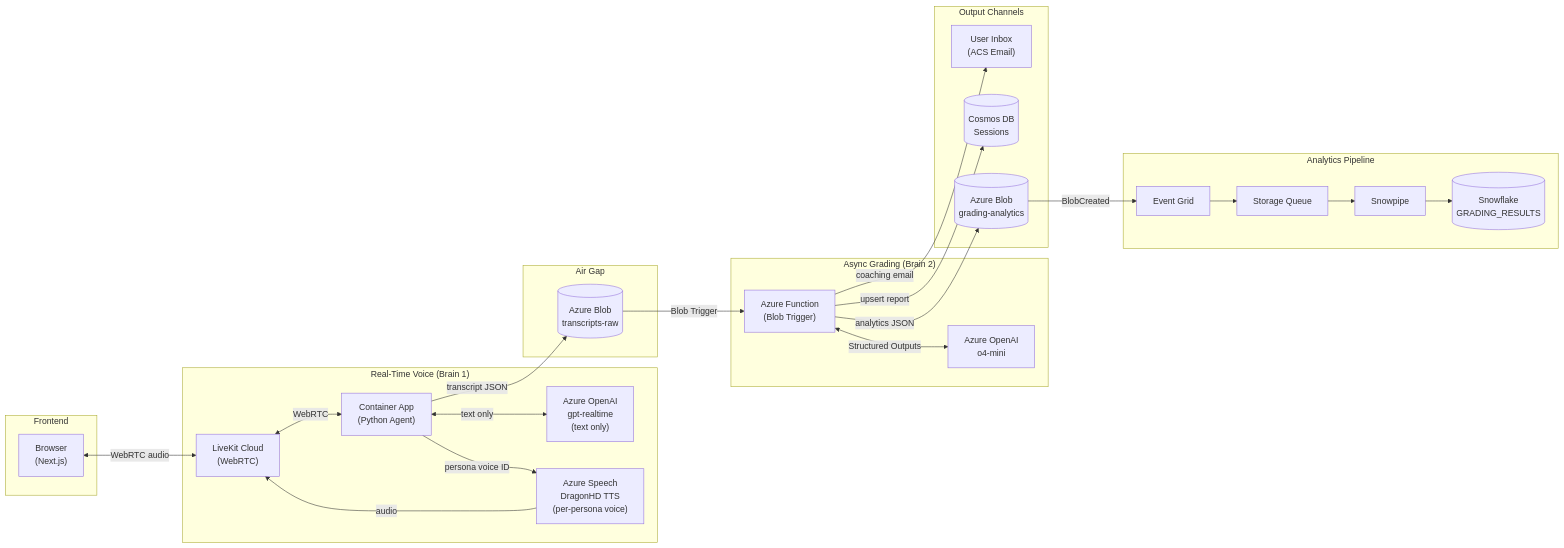
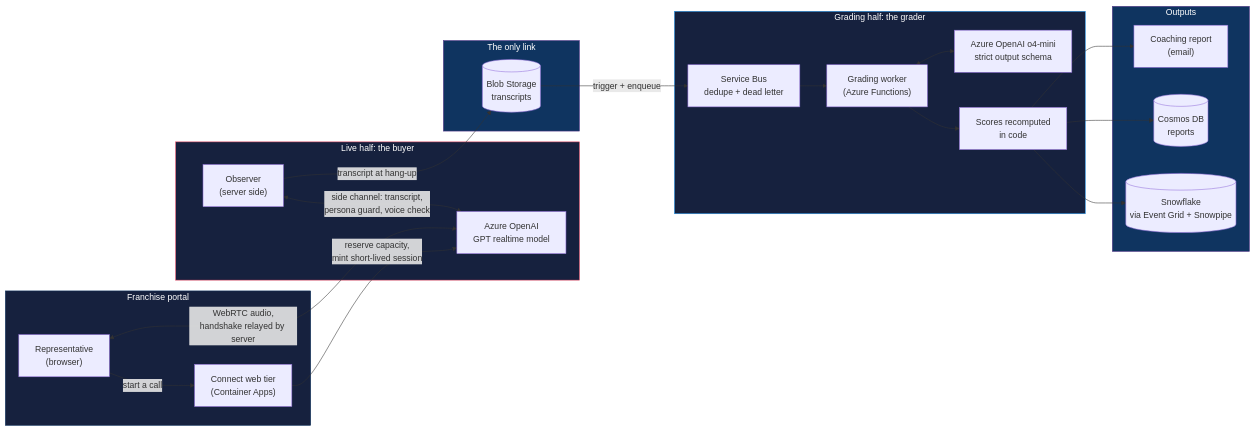
The diagram in README.md (AIJSAI/connect-voice-ai-showcase), drawn with Mermaid before and after one commit. The commit also changed other lines of this file and 9 other files, not shown here.

````diff
--- a/README.md
+++ b/README.md
@@ -26,51 +33,48 @@
 ```mermaid
 flowchart LR
-    subgraph Frontend
-        User["Browser\n(Next.js)"]
+    subgraph Portal["Franchise portal"]
+        Rep["Representative<br/>(browser)"]
+        Web["Connect web tier<br/>(Container Apps)"]
     end
 
-    subgraph Voice["Real-Time Voice (Brain 1)"]
-        LK["LiveKit Cloud\n(WebRTC)"]
-        B1["Container App\n(Python Agent)"]
-        RT["Azure OpenAI\ngpt-realtime\n(text only)"]
-        TTS["Azure Speech\nDragonHD TTS\n(per-persona voice)"]
+    subgraph Live["Live half: the buyer"]
+        RT["Azure OpenAI<br/>GPT realtime model"]
+        Obs["Observer<br/>(server side)"]
     end
 
-    subgraph AirGap["Air Gap"]
-        Blob[(Azure Blob\ntranscripts-raw)]
+    subgraph Store["The only link"]
+        Blob[("Blob Storage<br/>transcripts")]
     end
 
-    subgraph Grading["Async Grading (Brain 2)"]
-        B2["Azure Function\n(Blob Trigger)"]
-        O4["Azure OpenAI\no4-mini"]
+    subgraph Grade["Grading half: the grader"]
+        Q["Service Bus<br/>dedupe + dead letter"]
+        G["Grading worker<br/>(Azure Functions)"]
+        LLM["Azure OpenAI o4-mini<br/>strict output schema"]
+        Calc["Scores recomputed<br/>in code"]
     end
 
-    subgraph Output["Output Channels"]
-        Email["User Inbox\n(ACS Email)"]
-        Cosmos[(Cosmos DB\nSessions)]
-        Analytics[(Azure Blob\ngrading-analytics)]
+    subgraph Out["Outputs"]
+        Mail["Coaching report<br/>(email)"]
+        DB[("Cosmos DB<br/>reports")]
+        SF[("Snowflake<br/>via Event Grid + Snowpipe")]
     end
 
-    subgraph DP["Analytics Pipeline"]
-        EG["Event Grid"]
-        SQ["Storage Queue"]
-        SP["Snowpipe"]
-        SF[("Snowflake\nGRADING_RESULTS")]
-    end
+    Rep -->|start a call| Web
+    Web -->|reserve capacity,<br/>mint short-lived session| RT
+    Rep <-->|WebRTC audio,<br/>handshake relayed by server| RT
+    Obs <-->|side channel: transcript,<br/>persona guard, voice check| RT
+    Obs -->|transcript at hang-up| Blob
+    Blob -->|trigger + enqueue| Q
+    Q --> G
+    G <--> LLM
+    G --> Calc
+    Calc --> Mail
+    Calc --> DB
+    Calc --> SF
 
-    User <-->|WebRTC audio| LK
-    LK <-->|WebRTC| B1
-    B1 <-->|text only| RT
-    B1 -->|persona voice ID| TTS
-    TTS -->|audio| LK
-    B1 -->|transcript JSON| Blob
-    Blob -->|Blob Trigger| B2
-    B2 <-->|Structured Outputs| O4
-    B2 -->|coaching email| Email
-    B2 -->|upsert report| Cosmos
-    B2 -->|analytics JSON| Analytics
-    Analytics -->|BlobCreated| EG
-    EG --> SQ
-    SQ --> SP
-    SP --> SF
+    style Portal fill:#16213e,stroke:#0f3460,color:#fff
+    style Live fill:#16213e,stroke:#e94560,color:#fff
+    style Store fill:#0f3460,stroke:#53348a,color:#fff
+    style Grade fill:#16213e,stroke:#2496ED,color:#fff
+    style Out fill:#0f3460,stroke:#53348a,color:#fff
 ```
````
